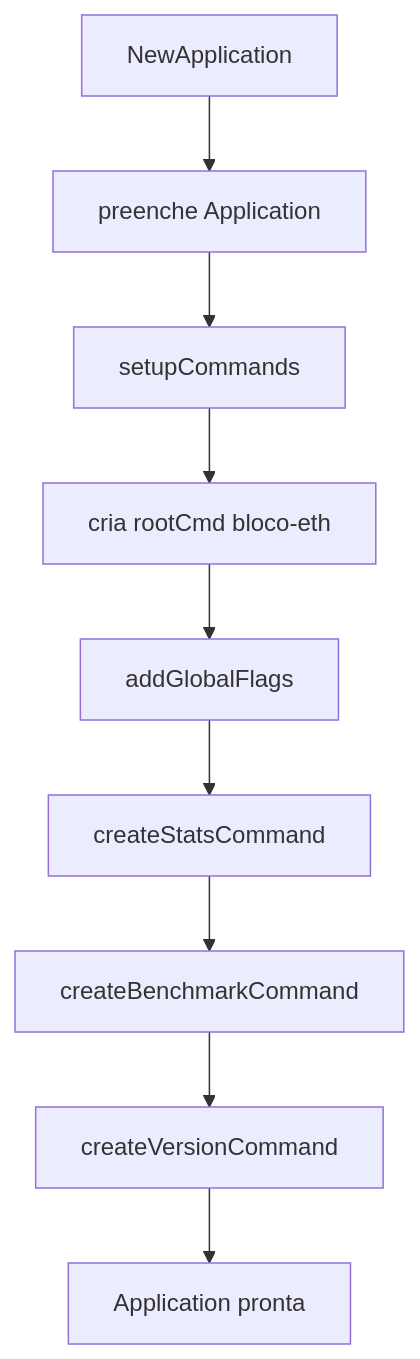
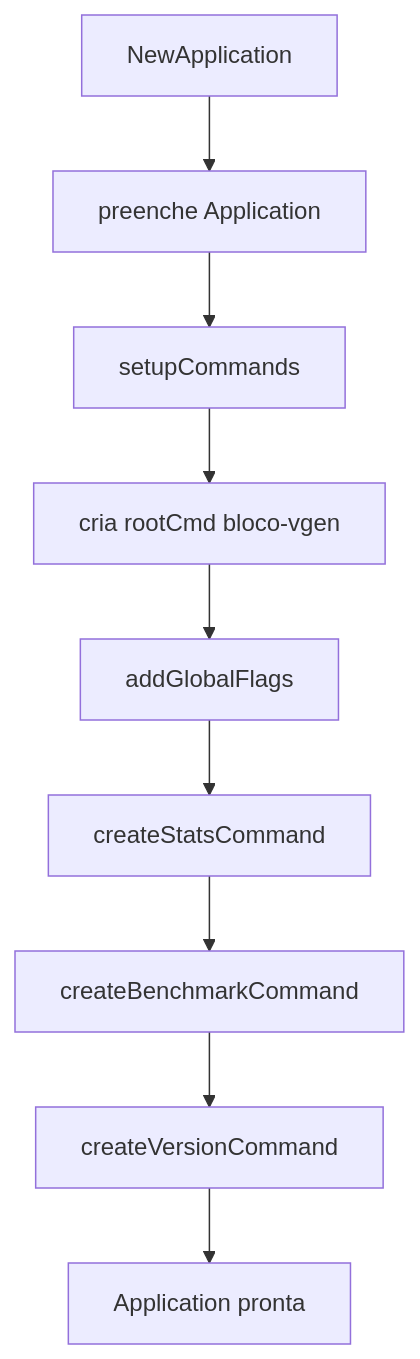
One commit to italoag/bloco-vanity-generator changed the first of 10 diagrams in _reversa_sdd/internal/cli/flows.md. Above: the diagram before and after it, drawn with Mermaid. The commit also changed other lines of this file and 80 other files, not shown here.

Commit message:
Rename binary from bloco-eth to bloco-vgen across all workflows and documentation

````diff
--- a/_reversa_sdd/internal/cli/flows.md
+++ b/_reversa_sdd/internal/cli/flows.md
@@ -12,11 +12,11 @@
 ```mermaid
 flowchart TD
   A[NewApplication] --> B[preenche Application]
   B --> C[setupCommands]
-  C --> D[cria rootCmd bloco-eth]
+  C --> D[cria rootCmd bloco-vgen]
   D --> E[addGlobalFlags]
   E --> F[createStatsCommand]
   F --> G[createBenchmarkCommand]
   G --> H[createVersionCommand]
   H --> I[Application pronta]
 ```
````
